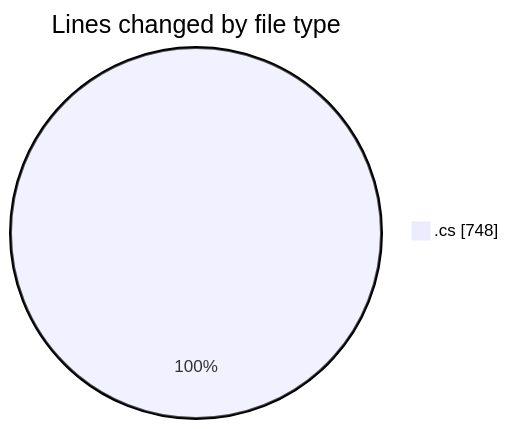
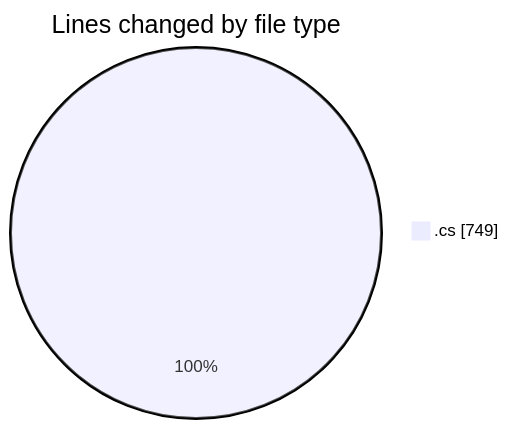
The first of 2 diagrams in 2025-04-05/back-end/README.md (Netris89/code-tracking), drawn with Mermaid before and after one commit. The commit also changed other lines of this file and 1 other file, not shown here.

````diff
--- a/2025-04-05/back-end/README.md
+++ b/2025-04-05/back-end/README.md
@@ -21,5 +21,5 @@
 ```mermaid
 pie showData
 title Lines changed by file type
-".cs" : 748
+".cs" : 749
 ```
````
